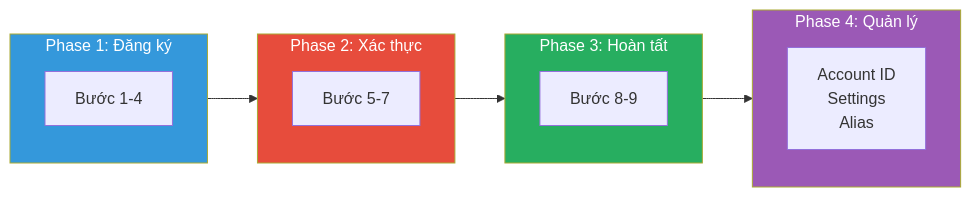
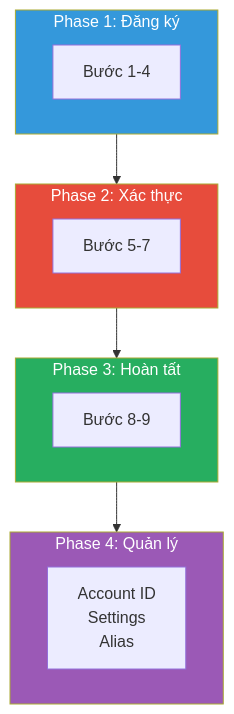
Before and after one commit to tietvinhphu/AWS-Journey: the third of 5 diagrams in Hành trình lên mây/Lab-01 - AWS Account - Khởi tạo & Quản lý Tài khoản AWS/README.md, drawn with Mermaid. The commit also changed other lines of this file and 1 other file, not shown here.

````diff
--- a/Hành trình lên mây/Lab-01 - AWS Account - Khởi tạo & Quản lý Tài khoản AWS/README.md
+++ b/Hành trình lên mây/Lab-01 - AWS Account - Khởi tạo & Quản lý Tài khoản AWS/README.md
@@ -137,22 +138,22 @@
 ```mermaid
-flowchart LR
+flowchart TD
     subgraph Phase1["Phase 1: Đăng ký"]
-        A1[Bước 1-4]
+        A1["Bước 1-4"]
     end
     subgraph Phase2["Phase 2: Xác thực"]
-        A2[Bước 5-7]
+        A2["Bước 5-7"]
     end
     subgraph Phase3["Phase 3: Hoàn tất"]
-        A3[Bước 8-9]
+        A3["Bước 8-9"]
     end
     subgraph Phase4["Phase 4: Quản lý"]
-        A4[Account ID<br>Settings<br>Alias]
+        A4["Account ID<br>Settings<br>Alias"]
     end
     
     Phase1 --> Phase2 --> Phase3 --> Phase4
     
     style Phase1 fill:#3498db,color:#fff
     style Phase2 fill:#e74c3c,color:#fff
     style Phase3 fill:#27ae60,color:#fff
     style Phase4 fill:#9b59b6,color:#fff
 ```
````
